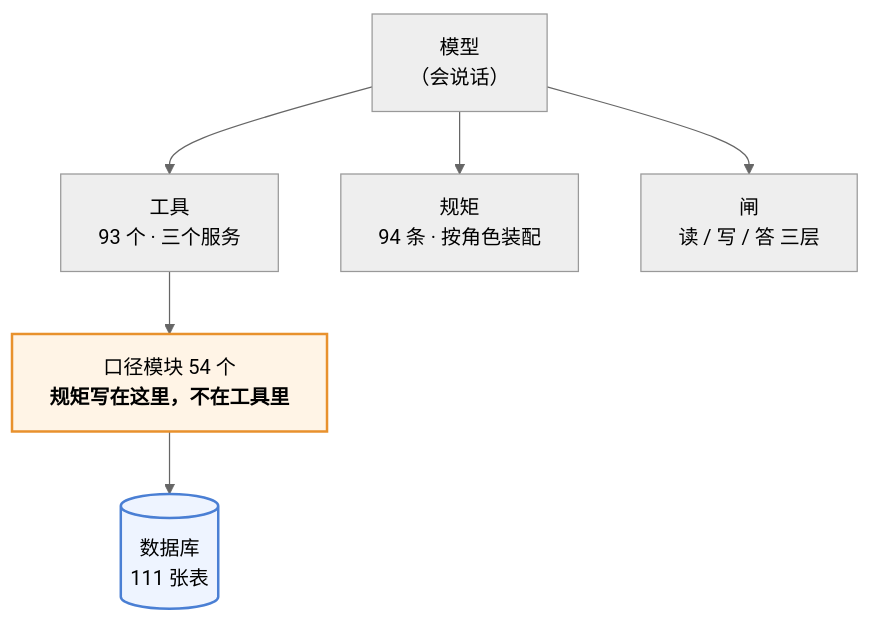
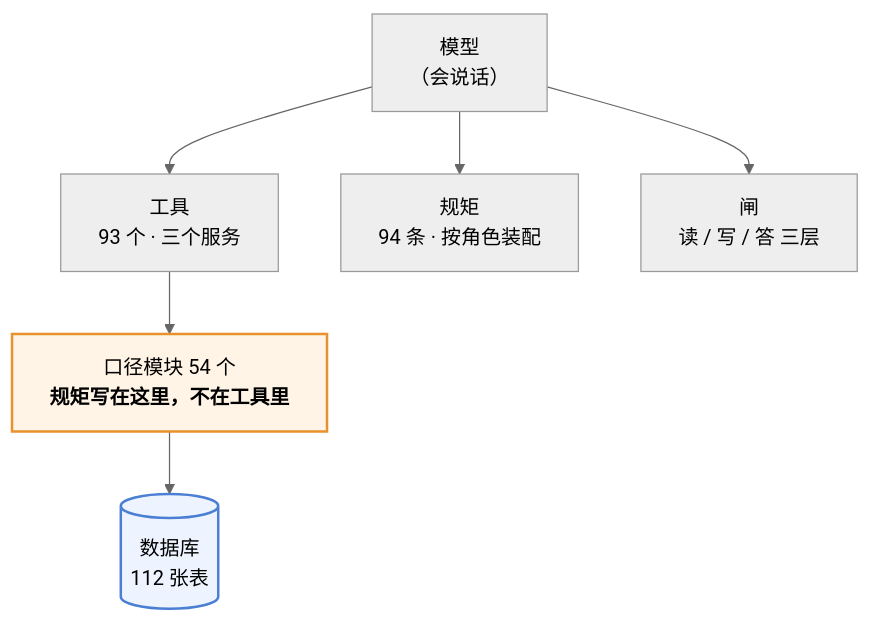
Before and after one commit to 843773296-rgb/lanxiu-yunshang-agent: the first of 3 diagrams in 澜绣云裳agent-产品说明.md, drawn with Mermaid (neutral theme). The commit also changed other lines of this file and 8 other files, not shown here.

````diff
--- a/澜绣云裳agent-产品说明.md
+++ b/澜绣云裳agent-产品说明.md
@@ -62,12 +62,12 @@
 ```mermaid
 flowchart TD
     M["模型<br/>（会说话）"]
     M --> T["工具<br/>93 个 · 三个服务"]
     M --> R["规矩<br/>94 条 · 按角色装配"]
     M --> G["闸<br/>读 / 写 / 答 三层"]
     T --> K["口径模块 54 个<br/><b>规矩写在这里，不在工具里</b>"]
-    K --> DB[("数据库<br/>111 张表")]
+    K --> DB[("数据库<br/>112 张表")]
 
     style K fill:#fff4e6,stroke:#e8912d,stroke-width:2px
     style DB fill:#eef4ff,stroke:#4a7fd4,stroke-width:2px
 ```
````
